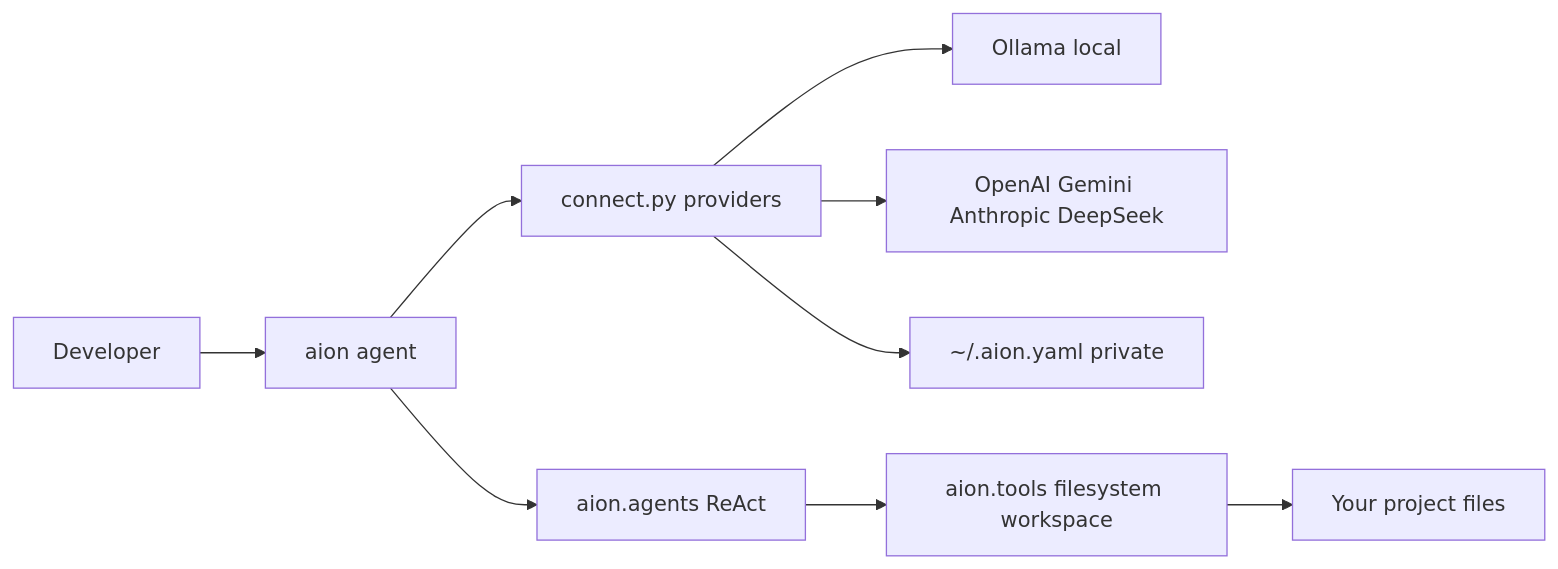
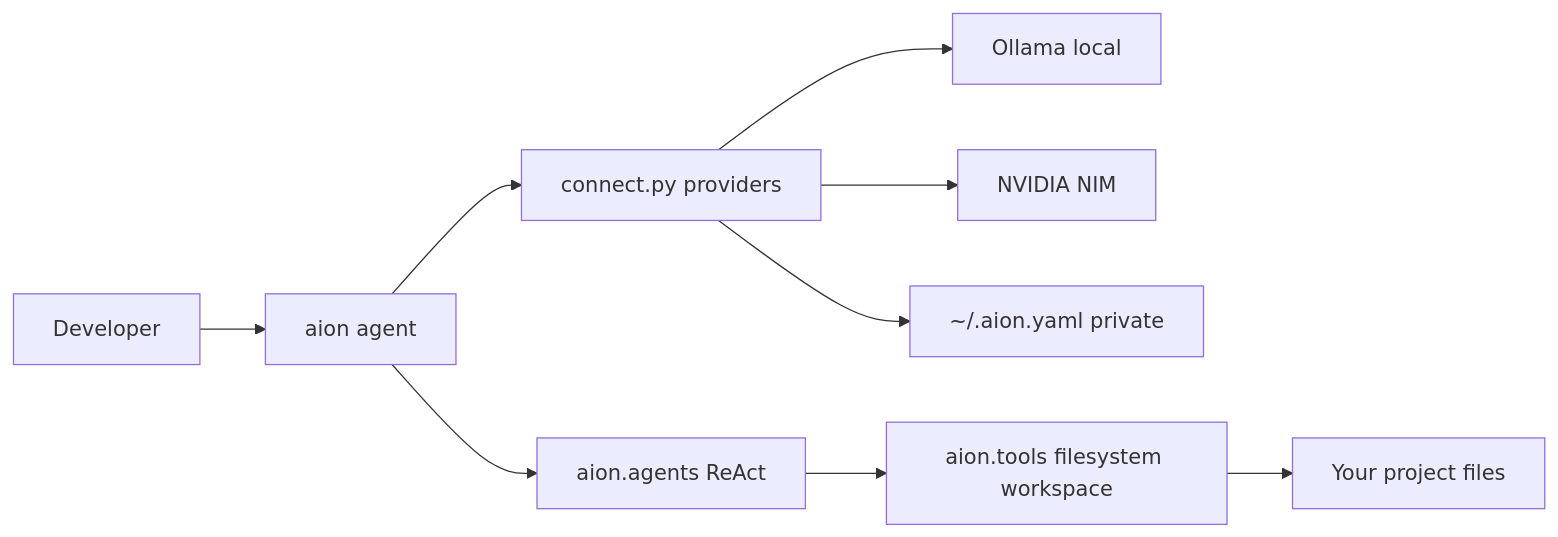
One commit to Aqwel-AI/pytekt changed the first of 5 diagrams in README.md. Above: the diagram before and after it, drawn with Mermaid. The commit also changed other lines of this file, not shown here.

````diff
--- a/README.md
+++ b/README.md
@@ -128,11 +133,11 @@
 ```mermaid
 flowchart LR
   Dev[Developer] --> CLI[aion agent]
   CLI --> Conn[connect.py providers]
   Conn --> Ollama[Ollama local]
-  Conn --> Cloud[OpenAI Gemini Anthropic DeepSeek]
+  Conn --> NVIDIA[NVIDIA NIM]
   CLI --> Agent[aion.agents ReAct]
   Agent --> Tools[aion.tools filesystem workspace]
   Tools --> Repo[Your project files]
   Conn --> Config["~/.aion.yaml private"]
 ```
````
